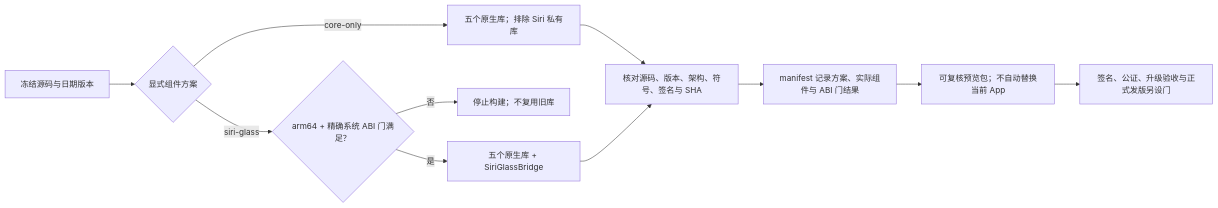
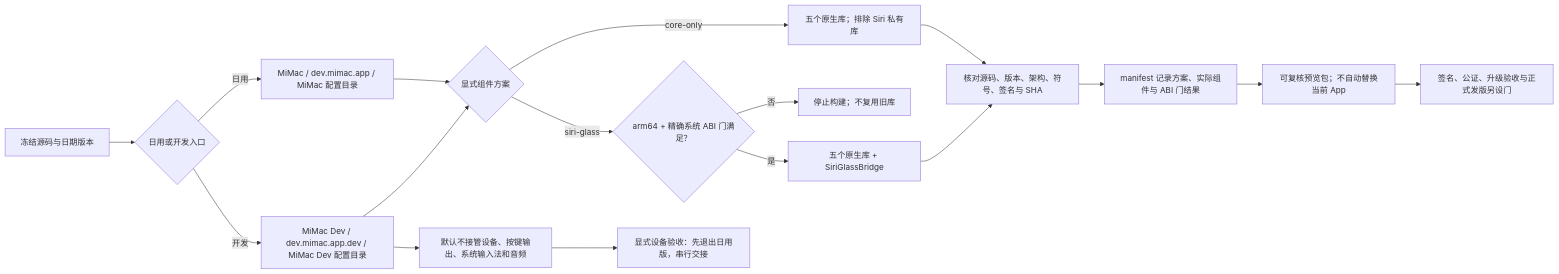
One commit to daftAI2026/MiMac changed the diagram in tools/workbench/diagrams/release-components.mmd. Above: the diagram before and after it, drawn with Mermaid. The commit also changed 25 other files, not shown here.

First line of the commit message:
feat: isolate development app from daily use

```diff
--- a/tools/workbench/diagrams/release-components.mmd
+++ b/tools/workbench/diagrams/release-components.mmd
@@ -1,11 +1,17 @@
 flowchart LR
-    source["冻结源码与日期版本"] --> profile{"显式组件方案"}
+    source["冻结源码与日期版本"] --> lane{"日用或开发入口"}
+    lane -->|日用| daily["MiMac / dev.mimac.app / MiMac 配置目录"]
+    lane -->|开发| dev["MiMac Dev / dev.mimac.app.dev / MiMac Dev 配置目录"]
+    daily --> profile{"显式组件方案"}
+    dev --> profile
+    dev --> isolated["默认不接管设备、按键输出、系统输入法和音频"]
+    isolated --> handoff["显式设备验收：先退出日用版，串行交接"]
     profile -->|core-only| core["五个原生库；排除 Siri 私有库"]
     profile -->|siri-glass| gate{"arm64 + 精确系统 ABI 门满足？"}
     gate -->|否| reject["停止构建；不复用旧库"]
     gate -->|是| siri["五个原生库 + SiriGlassBridge"]
     core --> verify["核对源码、版本、架构、符号、签名与 SHA"]
     siri --> verify
     verify --> manifest["manifest 记录方案、实际组件与 ABI 门结果"]
     manifest --> preview["可复核预览包；不自动替换当前 App"]
     preview --> distribution["签名、公证、升级验收与正式发版另设门"]
```
